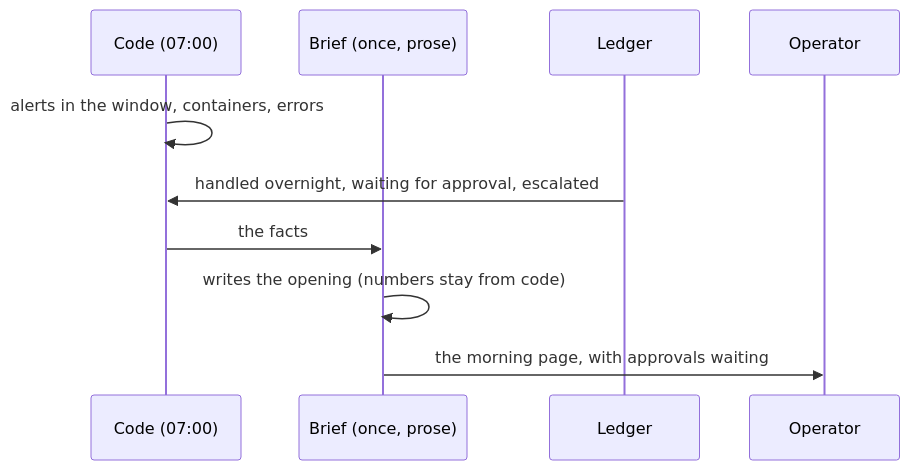
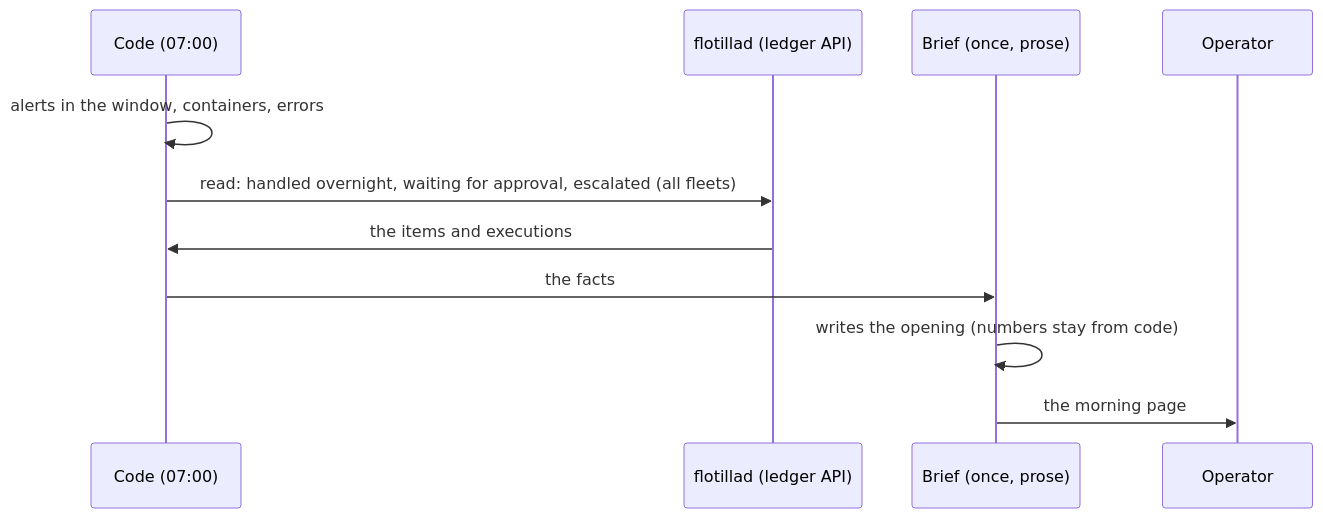
One commit to chipi/flotilla changed the eighth of 9 diagrams in docs/rfc/RFC-0004-agent-pipeline.md. Above: the diagram before and after it, drawn with Mermaid. The commit also changed other lines of this file, not shown here.

````diff
--- a/docs/rfc/RFC-0004-agent-pipeline.md
+++ b/docs/rfc/RFC-0004-agent-pipeline.md
@@ -330,12 +399,13 @@
 ```mermaid
 sequenceDiagram
     participant C as Code (07:00)
+    participant F as flotillad (ledger API)
     participant B as Brief (once, prose)
-    participant L as Ledger
     participant Op as Operator
     C->>C: alerts in the window, containers, errors
-    L->>C: handled overnight, waiting for approval, escalated
+    C->>F: read: handled overnight, waiting for approval, escalated (all fleets)
+    F->>C: the items and executions
     C->>B: the facts
     B->>B: writes the opening (numbers stay from code)
-    B->>Op: the morning page, with approvals waiting
+    B->>Op: the morning page
 ```
````
